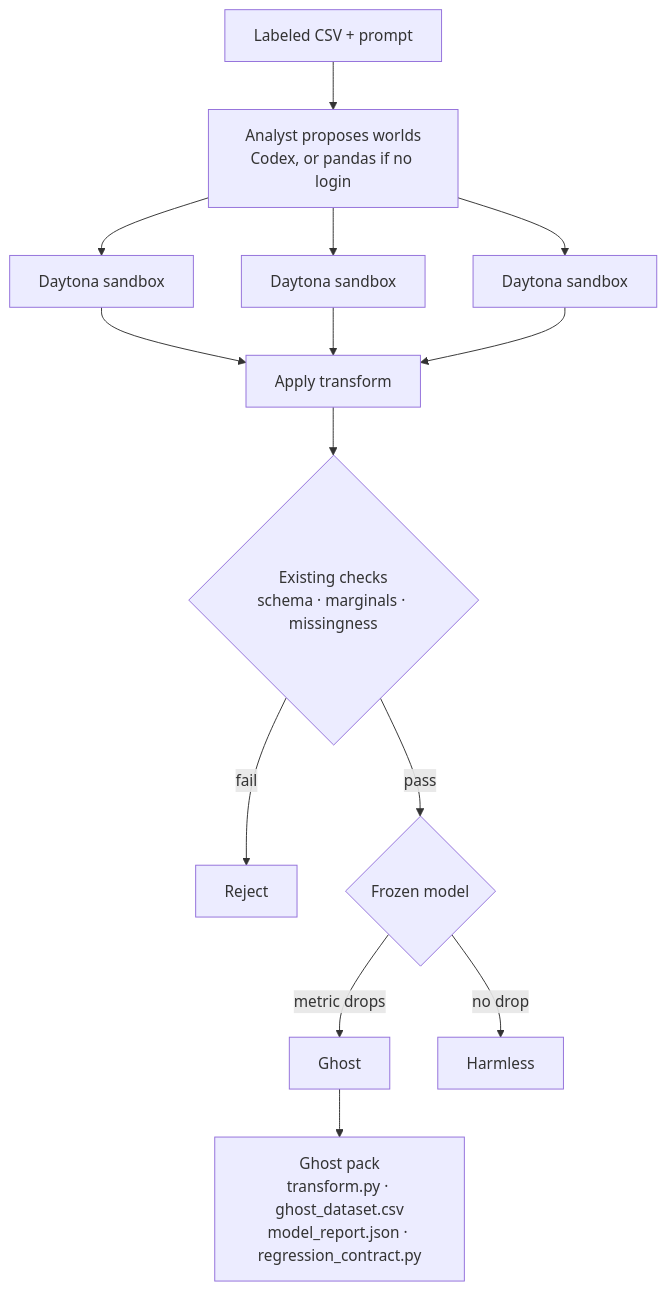
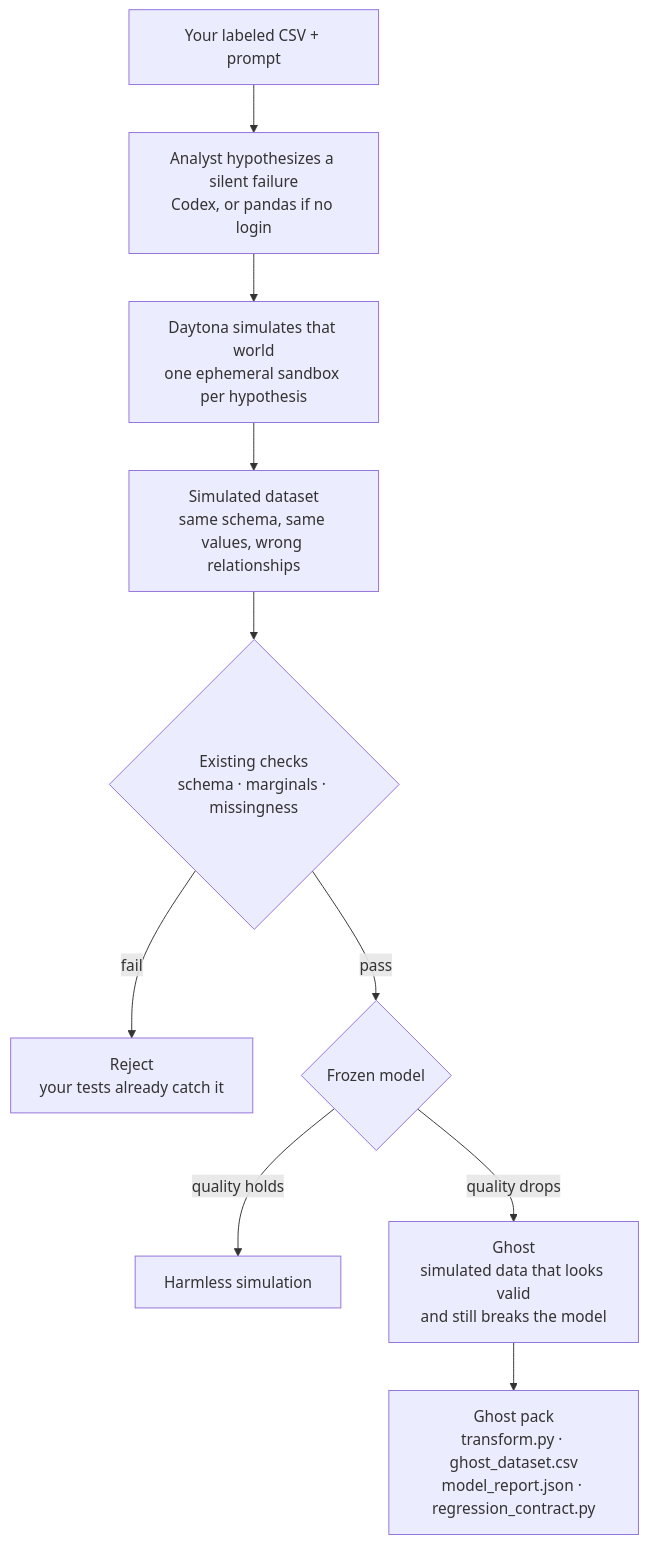
Before and after one commit to licongxu/GhostData: the diagram in README.md, drawn with Mermaid. The commit also changed other lines of this file, not shown here.

Commit message:
Explain Ghosts as simulated failed-data worlds, not a test runner.
The old architecture diagram looked like a generic pipeline: propose,
sandbox, checks, model. That hid the product. GhostData produces
simulated datasets. Daytona is the computer that materializes each
hypothesized failure world from the real table, then measures whether
existing checks still pass while the frozen model drops.

The README now says that in prose and in the figure: same schema, same
values, wrong relationships. A Ghost is that simulated world when it
looks valid and still breaks the model.

````diff
--- a/README.md
+++ b/README.md
@@ -13,21 +13,16 @@
 ```mermaid
 flowchart TB
-  U["Labeled CSV + prompt"] --> P["Analyst proposes worlds<br/>Codex, or pandas if no login"]
+  R["Your labeled CSV + prompt"] --> A["Analyst hypothesizes a silent failure<br/>Codex, or pandas if no login"]
 
-  P --> S1["Daytona sandbox"]
-  P --> S2["Daytona sandbox"]
-  P --> S3["Daytona sandbox"]
+  A --> D["Daytona simulates that world<br/>one ephemeral sandbox per hypothesis"]
+  D --> S["Simulated dataset<br/>same schema, same values, wrong relationships"]
 
-  S1 --> T["Apply transform"]
-  S2 --> T
-  S3 --> T
+  S --> C{"Existing checks<br/>schema · marginals · missingness"}
+  C -->|fail| X["Reject<br/>your tests already catch it"]
+  C -->|pass| M{"Frozen model"}
 
-  T --> K{"Existing checks<br/>schema · marginals · missingness"}
-  K -->|fail| X["Reject"]
-  K -->|pass| M{"Frozen model"}
-
-  M -->|metric drops| G["Ghost"]
-  M -->|no drop| H["Harmless"]
+  M -->|quality holds| H["Harmless simulation"]
+  M -->|quality drops| G["Ghost<br/>simulated data that looks valid<br/>and still breaks the model"]
 
   G --> Pack["Ghost pack<br/>transform.py · ghost_dataset.csv<br/>model_report.json · regression_contract.py"]
 ```
````
